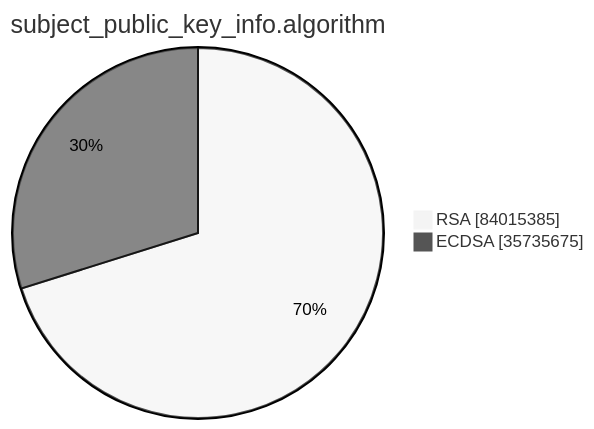
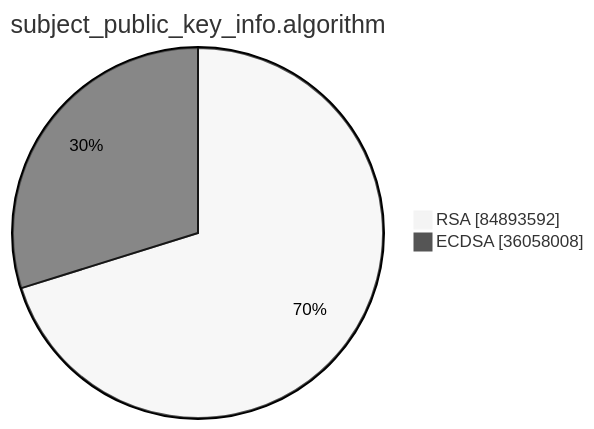
Before and after one commit to christiankrug/ctmonitor_visualization: the second of 15 diagrams in argon2023/README.md, drawn with Mermaid (neutral theme). The commit also changed other lines of this file, not shown here.

````diff
--- a/argon2023/README.md
+++ b/argon2023/README.md
@@ -6,6 +6,6 @@
 ```mermaid
 pie showData
 title subject_public_key_info.algorithm
-"RSA" :84015385
-"ECDSA" :35735675
+"RSA" :84893592
+"ECDSA" :36058008
 ```
````
